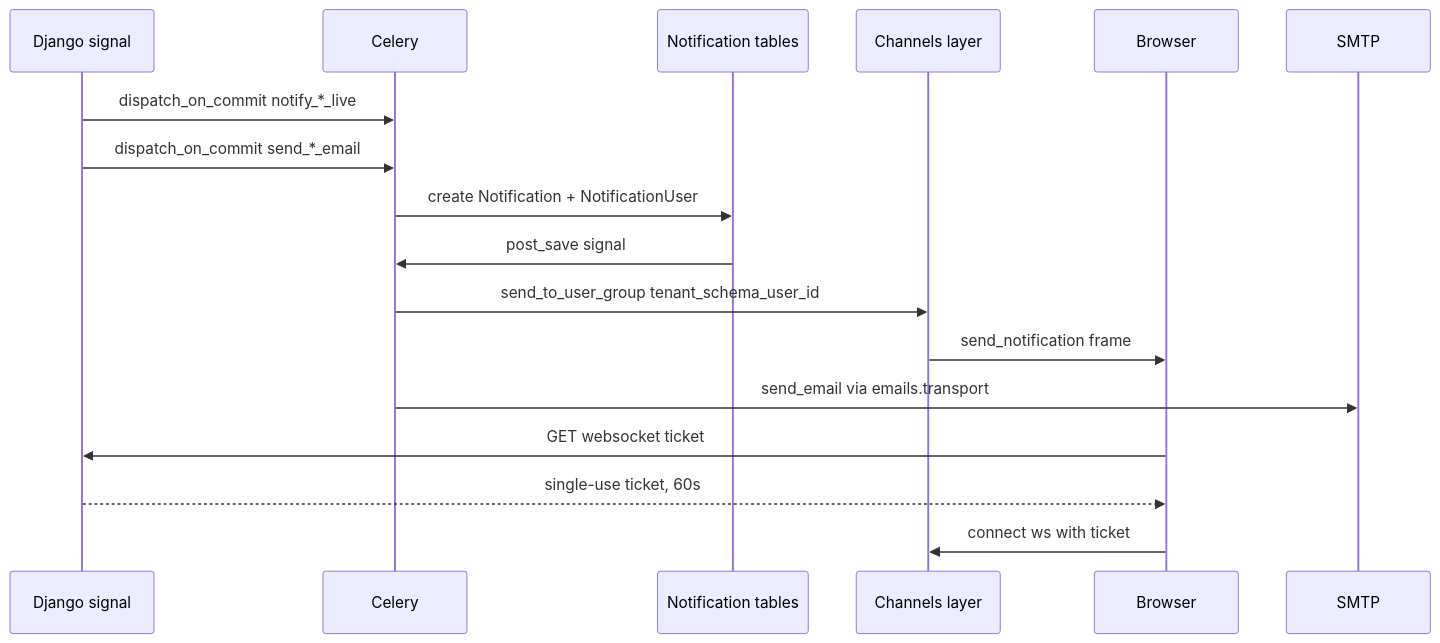
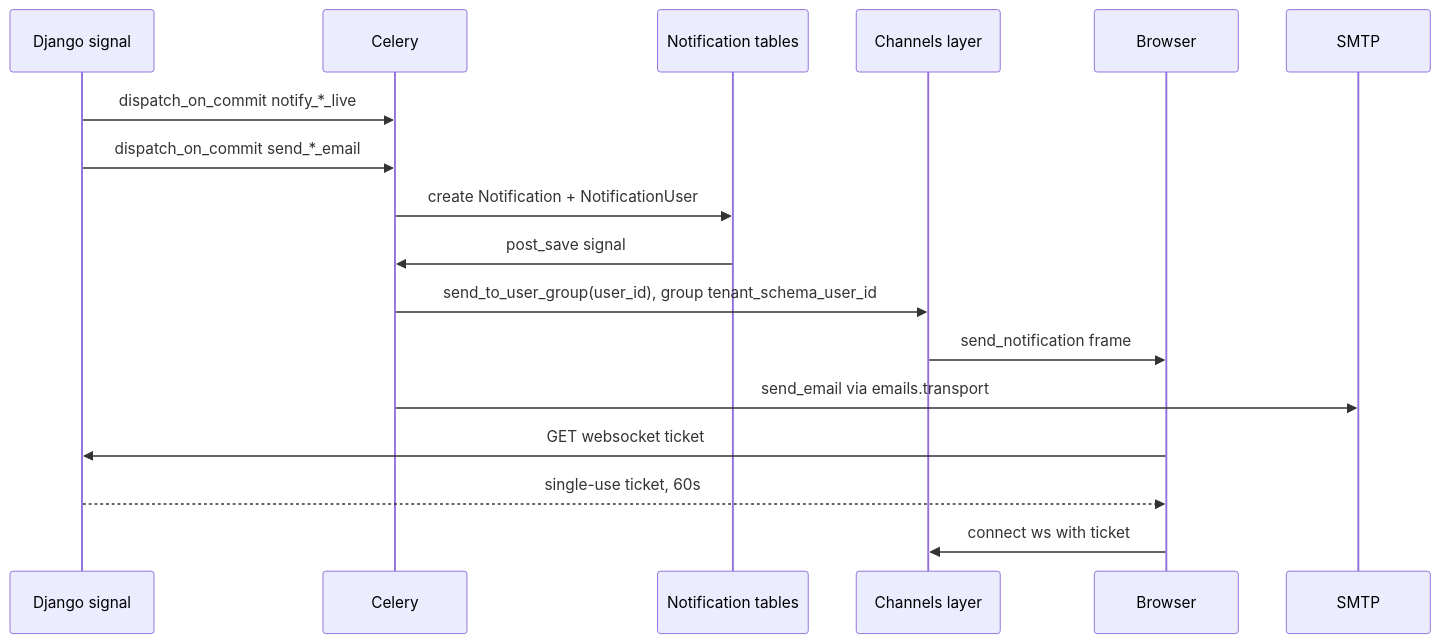
The diagram in src/dev/flows/notifications-and-email.md (vasilistotskas/grooveshop-docs), drawn with Mermaid before and after one commit. The commit also changed other lines of this file and 11 other files, not shown here.

````diff
--- a/src/dev/flows/notifications-and-email.md
+++ b/src/dev/flows/notifications-and-email.md
@@ -26,20 +26,20 @@
 ```mermaid
 sequenceDiagram
   participant D as Django signal
   participant Q as Celery
   participant DB as Notification tables
   participant CL as Channels layer
   participant B as Browser
   participant M as SMTP
 
   D->>Q: dispatch_on_commit notify_*_live
   D->>Q: dispatch_on_commit send_*_email
   Q->>DB: create Notification + NotificationUser
   DB->>Q: post_save signal
-  Q->>CL: send_to_user_group tenant_schema_user_id
+  Q->>CL: send_to_user_group(user_id), group tenant_schema_user_id
   CL->>B: send_notification frame
   Q->>M: send_email via emails.transport
   B->>D: GET websocket ticket
   D-->>B: single-use ticket, 60s
   B->>CL: connect ws with ticket
 ```
````
